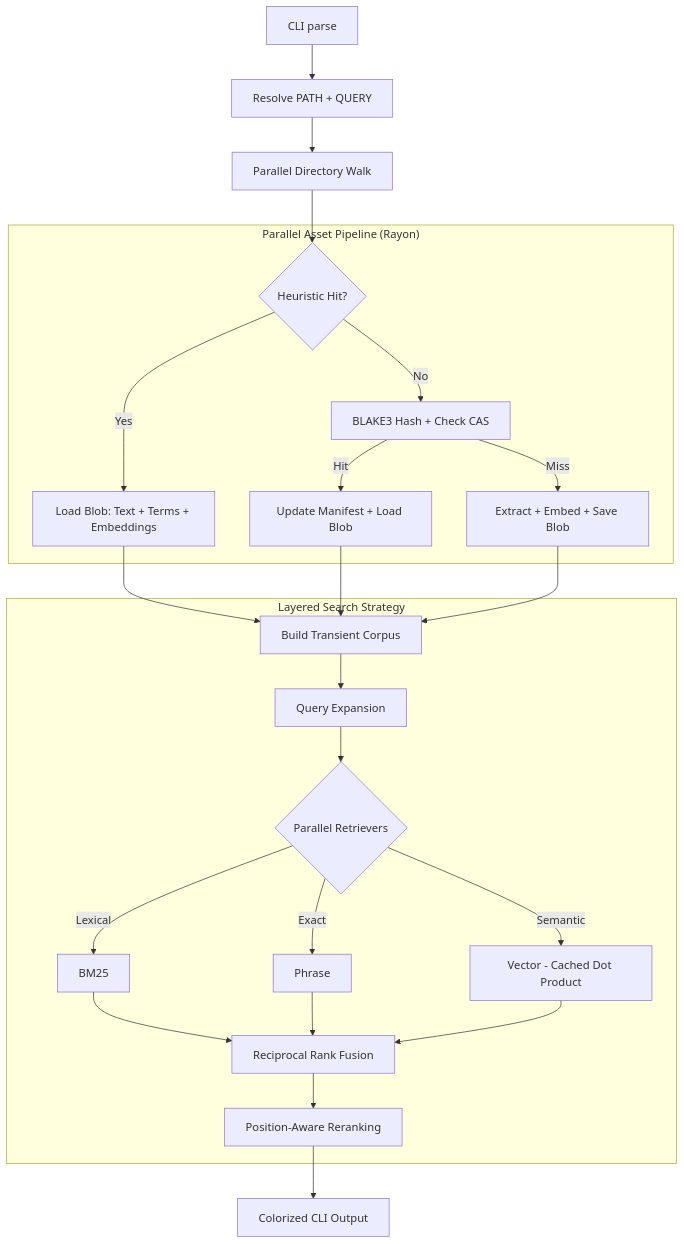
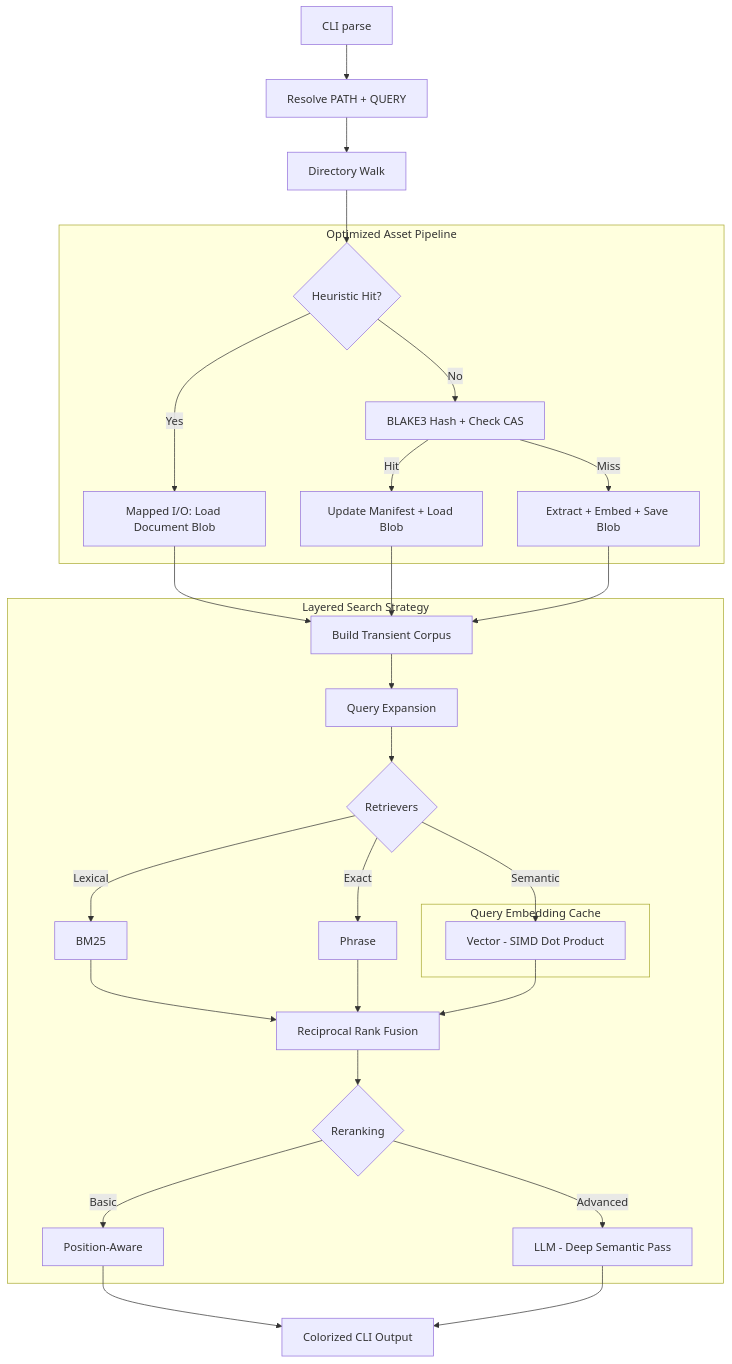
One commit to rupurt/sift changed the diagram in README.md. Above: the diagram before and after it, drawn with Mermaid. The commit also changed other lines of this file and 3 other files, not shown here.

Commit message:
docs: modernize all documentation to reflect latest architecture and release process

````diff
--- a/README.md
+++ b/README.md
@@ -34,31 +36,39 @@
 ```mermaid
 flowchart TD
   A[CLI parse] --> B[Resolve PATH + QUERY]
-  B --> C[Parallel Directory Walk]
+  B --> C[Directory Walk]
   
-  subgraph Pipeline ["Parallel Asset Pipeline (Rayon)"]
-    C1{Heuristic Hit?} -->|Yes| C2[Load Blob: Text + Terms + Embeddings]
+  subgraph Pipeline ["Optimized Asset Pipeline"]
+    C1{Heuristic Hit?} -->|Yes| C2[Mapped I/O: Load Document Blob]
     C1 -->|No| C3[BLAKE3 Hash + Check CAS]
     C3 -->|Hit| C4[Update Manifest + Load Blob]
     C3 -->|Miss| C5[Extract + Embed + Save Blob]
   end
 
   C --> C1
   C2 --> D[Build Transient Corpus]
   C4 --> D
   C5 --> D
 
   subgraph Strategy ["Layered Search Strategy"]
     D --> E[Query Expansion]
-    E --> F{Parallel Retrievers}
+    E --> F{Retrievers}
     F -->|Lexical| F1[BM25]
     F -->|Exact| F2[Phrase]
-    F -->|Semantic| F3[Vector - Cached Dot Product]
+    F -->|Semantic| F3[Vector - SIMD Dot Product]
+    
+    subgraph QueryCache ["Query Embedding Cache"]
+      F3
+    end
+
     F1 --> G[Reciprocal Rank Fusion]
     F2 --> G
     F3 --> G
-    G --> H[Position-Aware Reranking]
+    G --> H{Reranking}
+    H -->|Basic| H1[Position-Aware]
+    H -->|Advanced| H2[LLM - Deep Semantic Pass]
   end
 
-  H --> I[Colorized CLI Output]
+  H1 --> I[Colorized CLI Output]
+  H2 --> I
 ```
````
